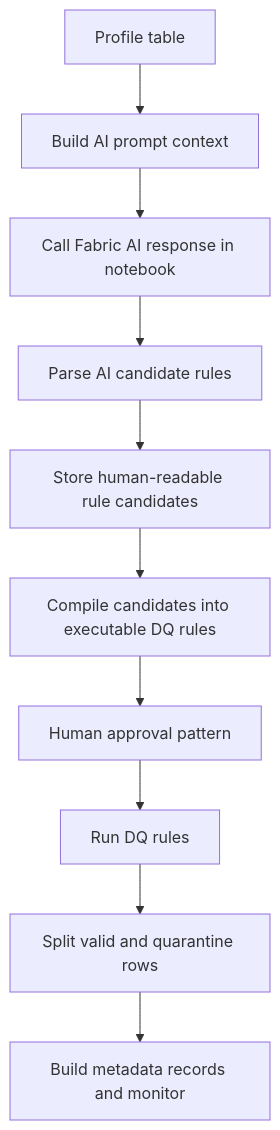
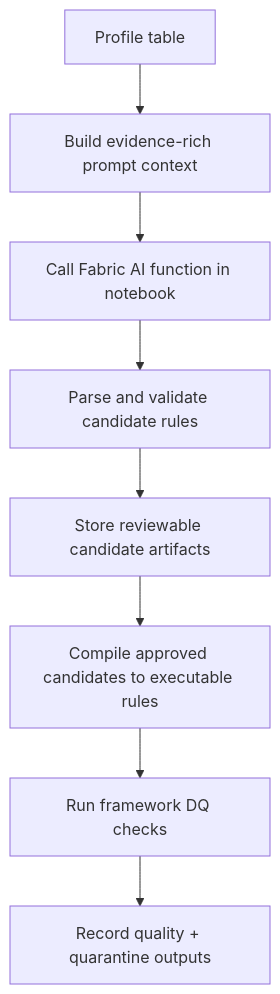
One commit to Voycepeh/fabric-data-product-framework changed the diagram in docs/workflows/ai-generated-dq-rules.md. Above: the diagram before and after it, drawn with Mermaid. The commit also changed other lines of this file and 7 other files, not shown here.

````diff
--- a/docs/workflows/ai-generated-dq-rules.md
+++ b/docs/workflows/ai-generated-dq-rules.md
@@ -20,12 +29,10 @@
 ```mermaid
 flowchart TD
-    A[Profile table] --> B[Build AI prompt context]
-    B --> C[Call Fabric AI response in notebook]
-    C --> D[Parse AI candidate rules]
-    D --> E[Store human-readable rule candidates]
-    E --> F[Compile candidates into executable DQ rules]
-    F --> G[Human approval pattern]
-    G --> H[Run DQ rules]
-    H --> I[Split valid and quarantine rows]
-    I --> J[Build metadata records and monitor]
+    A[Profile table] --> B[Build evidence-rich prompt context]
+    B --> C[Call Fabric AI function in notebook]
+    C --> D[Parse and validate candidate rules]
+    D --> E[Store reviewable candidate artifacts]
+    E --> F[Compile approved candidates to executable rules]
+    F --> G[Run framework DQ checks]
+    G --> H[Record quality + quarantine outputs]
 ```
````
